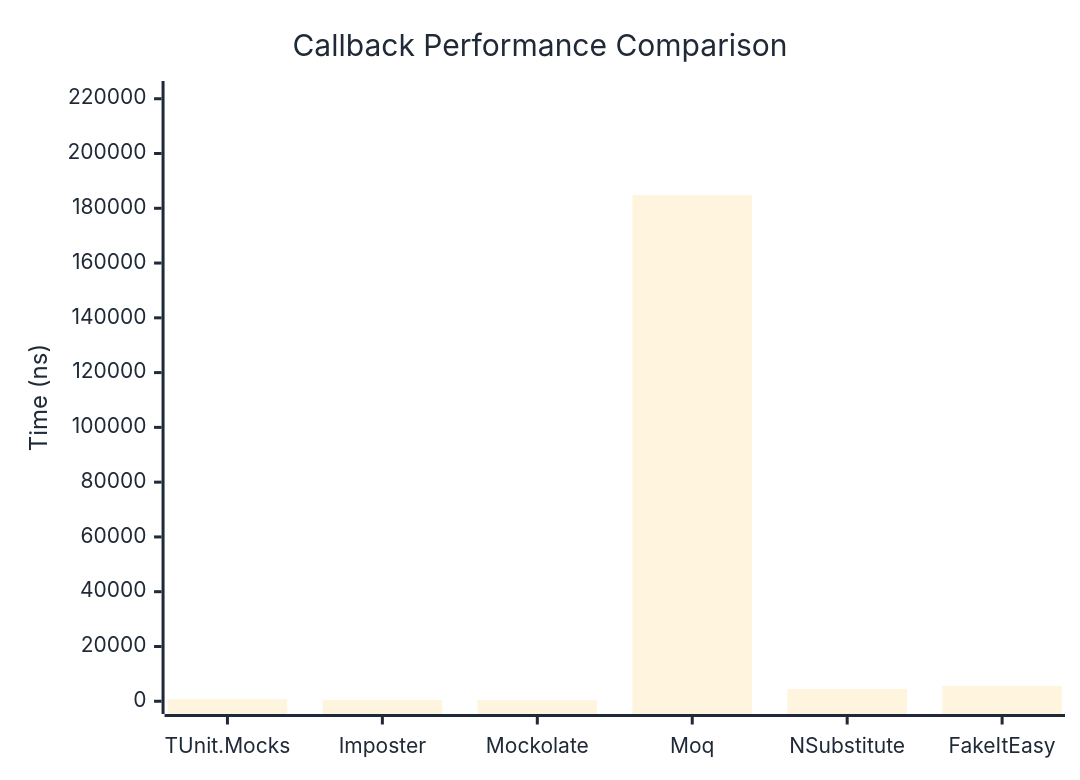
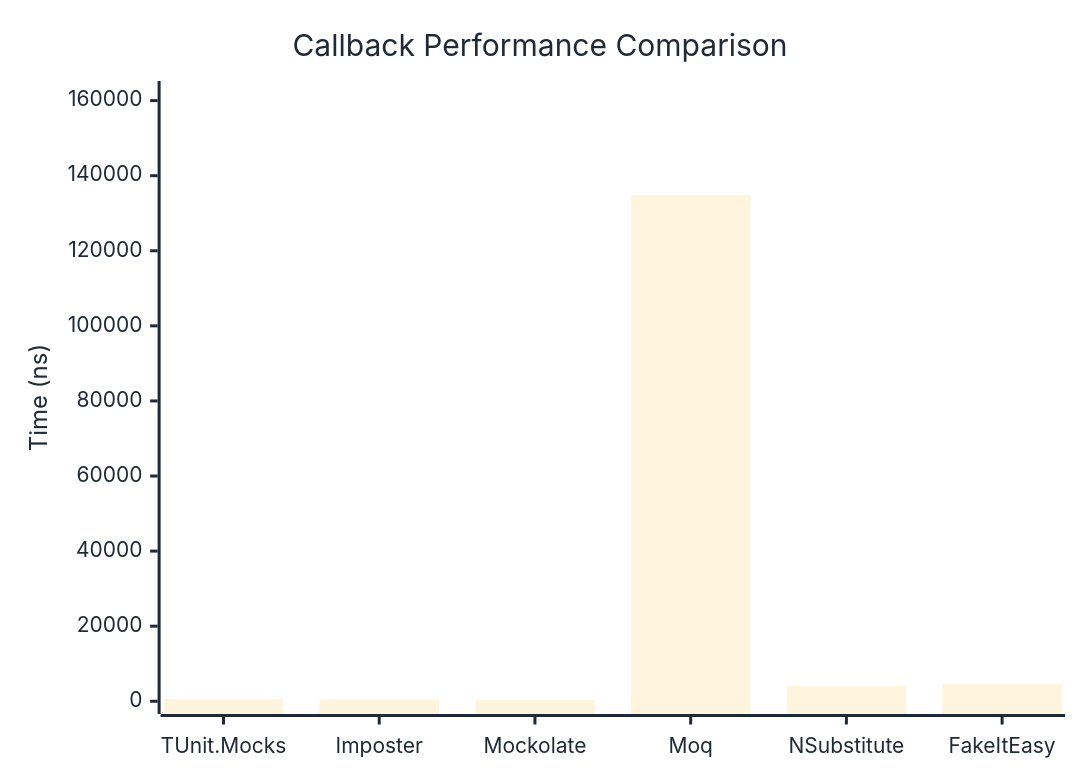
The first of 2 diagrams in docs/docs/benchmarks/mocks/Callback.md (thomhurst/TUnit), drawn with Mermaid before and after one commit. The commit also changed other lines of this file and 14 other files, not shown here.

````diff
--- a/docs/docs/benchmarks/mocks/Callback.md
+++ b/docs/docs/benchmarks/mocks/Callback.md
@@ -30,27 +30,27 @@
 ```mermaid
 %%{init: {
   'theme':'base',
   'themeVariables': {
     'primaryColor': '#2563eb',
     'primaryTextColor': '#1f2937',
     'primaryBorderColor': '#1e40af',
     'lineColor': '#6b7280',
     'secondaryColor': '#7c3aed',
     'tertiaryColor': '#dc2626',
     'background': '#ffffff',
     'pie1': '#2563eb',
     'pie2': '#7c3aed',
     'pie3': '#dc2626',
     'pie4': '#f59e0b',
     'pie5': '#10b981',
     'pie6': '#06b6d4',
     'pie7': '#ec4899',
     'pie8': '#6366f1'
   }
 }}%%
 xychart-beta
   title "Callback Performance Comparison"
   x-axis ["TUnit.Mocks", "Imposter", "Mockolate", "Moq", "NSubstitute", "FakeItEasy"]
-  y-axis "Time (ns)" 0 --> 221822
-  bar [739.2, 513.3, 401.2, 184851.4, 4496.4, 5641.7]
+  y-axis "Time (ns)" 0 --> 161830
+  bar [650.9, 464.6, 352.1, 134857.9, 4092.1, 4659.7]
 ```
````
